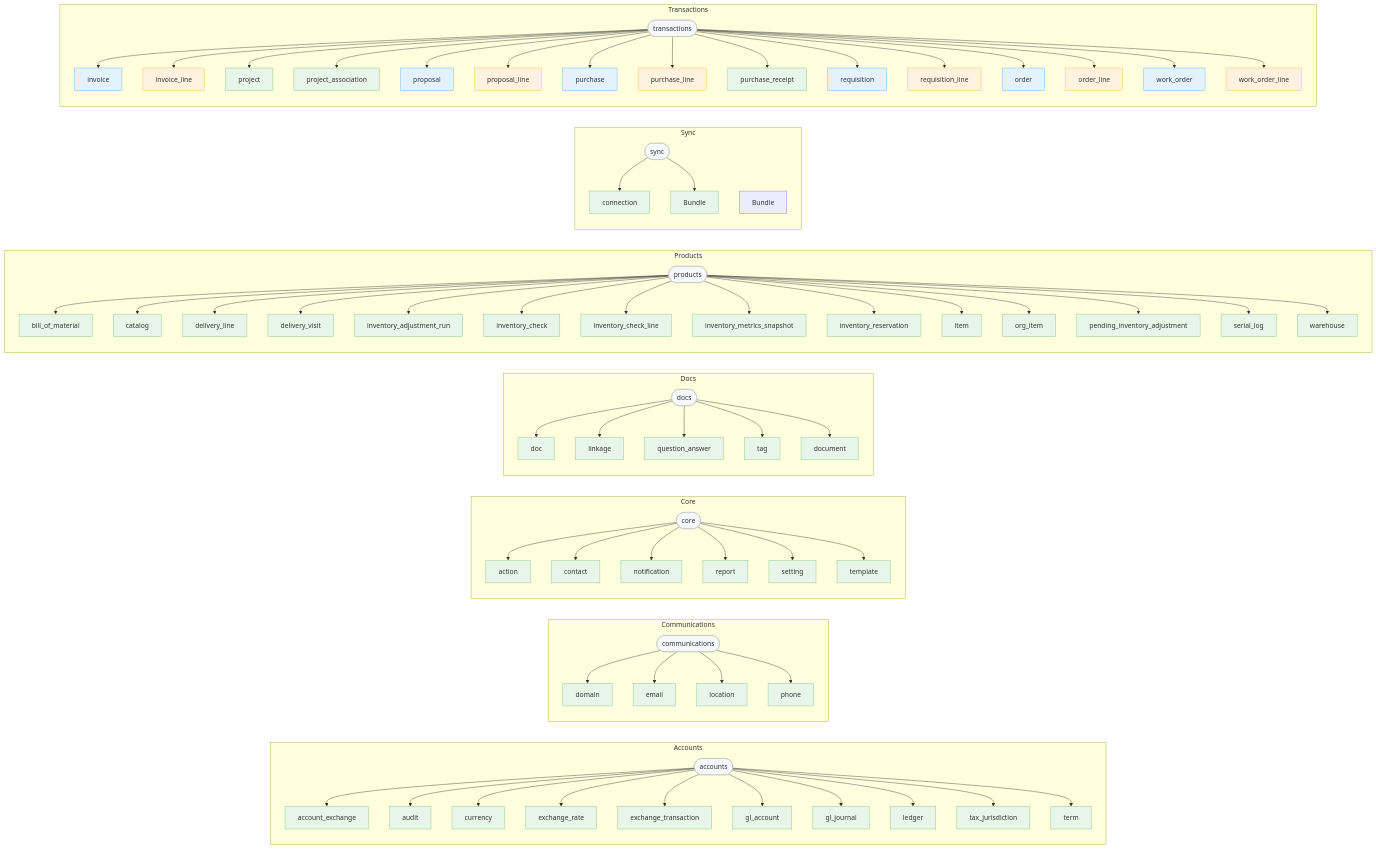
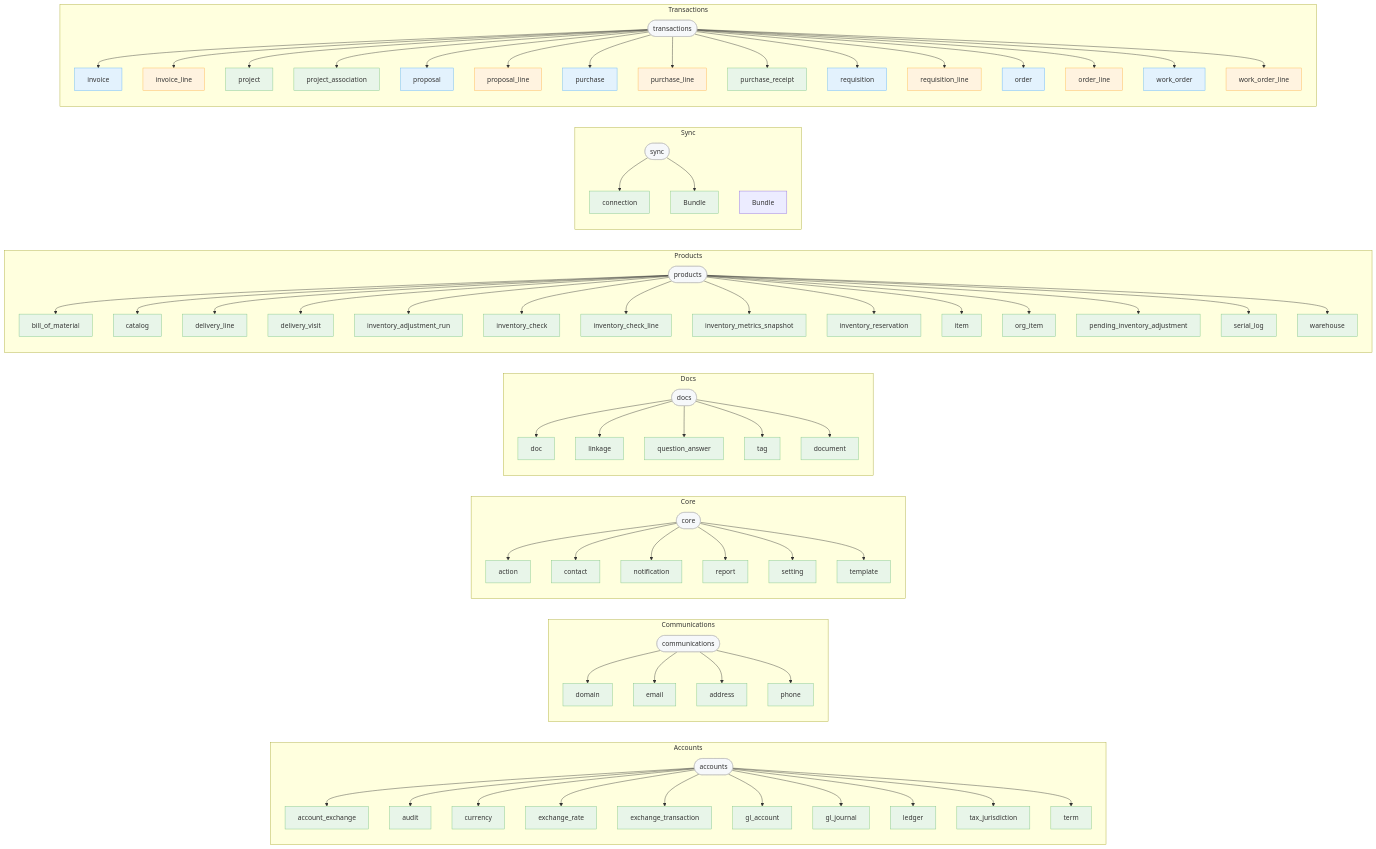
Before and after one commit to JPods/WebClerk: the diagram in readmes/05-model-registry.md, drawn with Mermaid. The commit also changed other lines of this file and 38 other files, not shown here.

Commit message:
scrub and protect model renames location -> address, sales_order -> order...

```diff
--- a/readmes/05-model-registry.md
+++ b/readmes/05-model-registry.md
@@ -210,9 +210,9 @@
     email["email"]
     app_communications --> email
     class email support
-    location["location"]
-    app_communications --> location
-    class location support
+    address["address"]
+    app_communications --> address
+    class address support
     phone["phone"]
     app_communications --> phone
     class phone support
```
